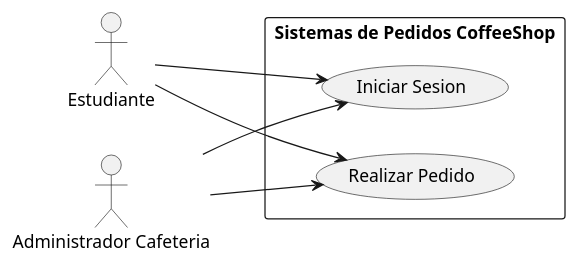
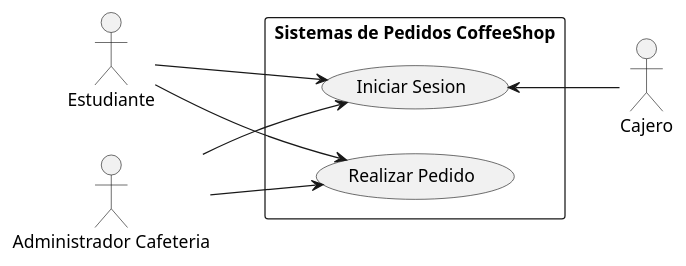
One commit to maurosena/shopcoffee changed the diagram in casosuso.plantuml. Above: the diagram before and after it, drawn with PlantUML. The commit also changed 1 other file, not shown here.

Commit message:
Se modifico el diagrama de casos de uso con el actor cajero -- Se agrego el digrama de clases

```diff
--- a/casosuso.plantuml
+++ b/casosuso.plantuml
@@ -1,15 +1,17 @@
 @startuml casoscoffeshop
 left to right direction
 actor "Estudiante" as est
 actor "Administrador Cafeteria" as admin
+actor "Cajero" as cajero
 
 rectangle "Sistemas de Pedidos CoffeeShop"{
     usecase "Iniciar Sesion" as UC1
     usecase "Realizar Pedido" as UC2
 }
 
 est --> UC1 
 est --> UC2
 admin --> UC1
 admin --> UC2
+UC1 <-- cajero
 @enduml
```
